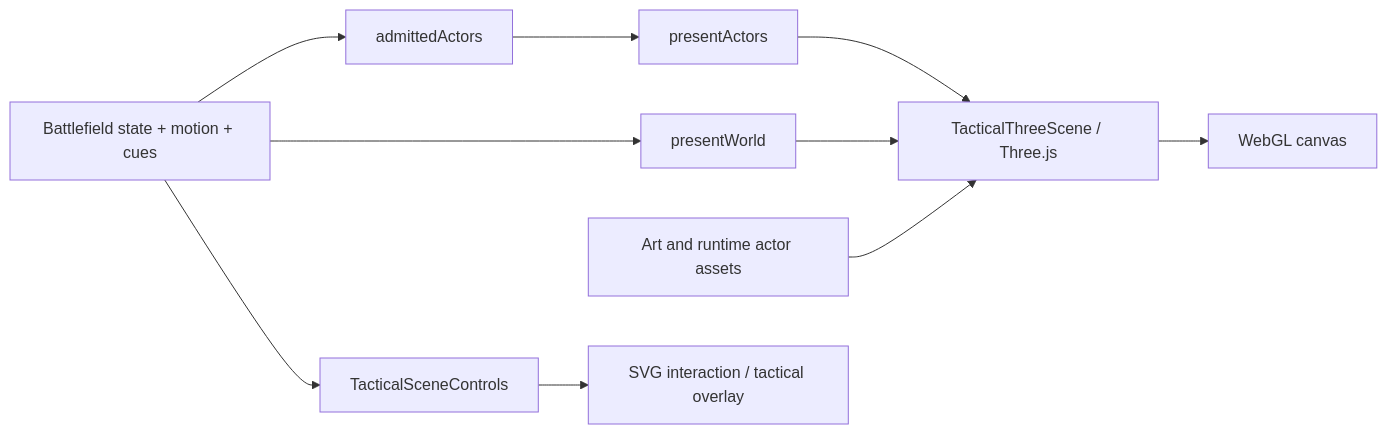
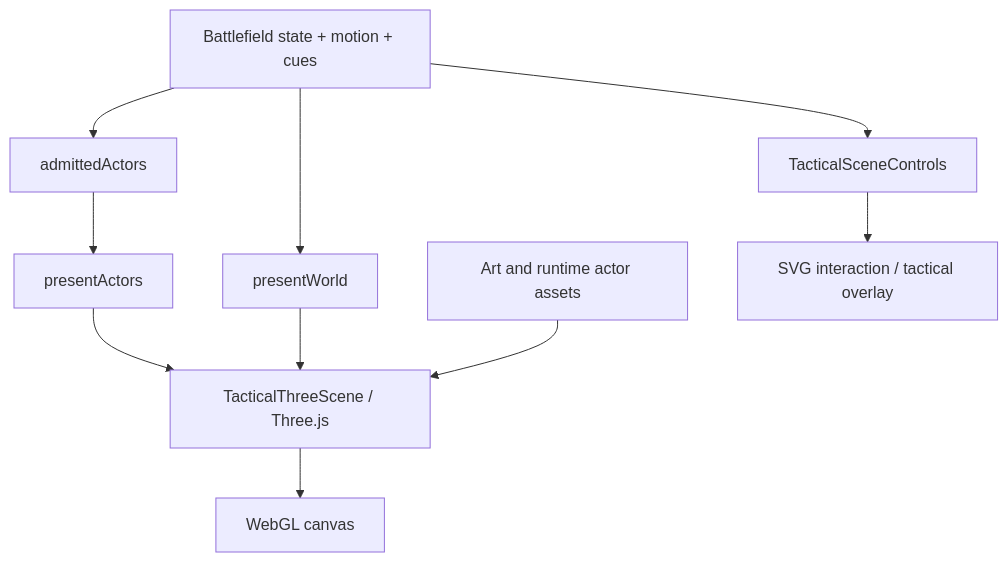
One commit to fsodano/granaderos changed the first of 4 diagrams in docs/architecture/rendering.md. Above: the diagram before and after it, drawn with Mermaid. The commit also changed other lines of this file and 1182 other files, not shown here.

````diff
--- a/docs/architecture/rendering.md
+++ b/docs/architecture/rendering.md
@@ -9,12 +11,12 @@
 ```mermaid
-flowchart LR
+flowchart TB
   Battle[Battlefield state + motion + cues] --> Admit[admittedActors]
   Admit --> Actors[presentActors]
   Battle --> World[presentWorld]
   Actors --> Three[TacticalThreeScene / Three.js]
   World --> Three
   Assets[Art and runtime actor assets] --> Three
   Three --> Canvas[WebGL canvas]
   Battle --> Controls[TacticalSceneControls]
   Controls --> Overlay[SVG interaction / tactical overlay]
 ```
````
